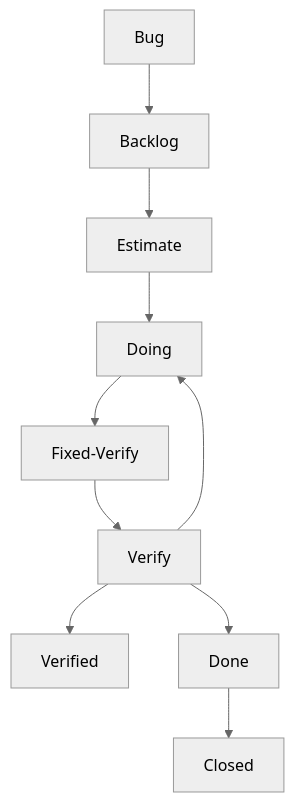
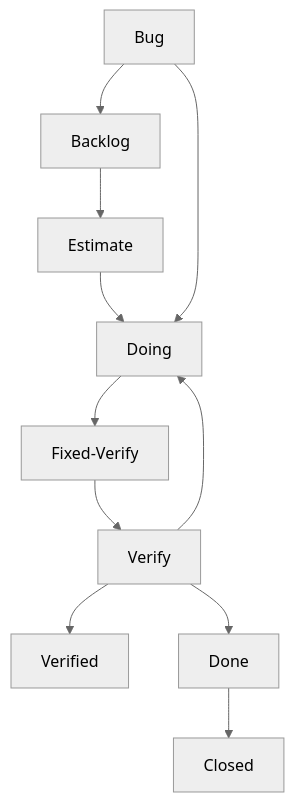
The second of 3 diagrams in .gitlab/labels-and-definitions.md (Betaoptics/ttos0100---2019-implementation), drawn with Mermaid (neutral theme) before and after one commit.

````diff
--- a/.gitlab/labels-and-definitions.md
+++ b/.gitlab/labels-and-definitions.md
@@ -76,12 +76,13 @@
 ```mermaid
 graph TD;
     Bug-->Backlog;
     Backlog-->Estimate;
     Estimate-->Doing;
+    Bug-->Doing;
     Doing-->Fixed-Verify;
     Verify-->Verified;
     Fixed-Verify-->Verify;
     Verify-->Doing;
     Verify-->Done;
     Done-->Closed;
 ```
````
